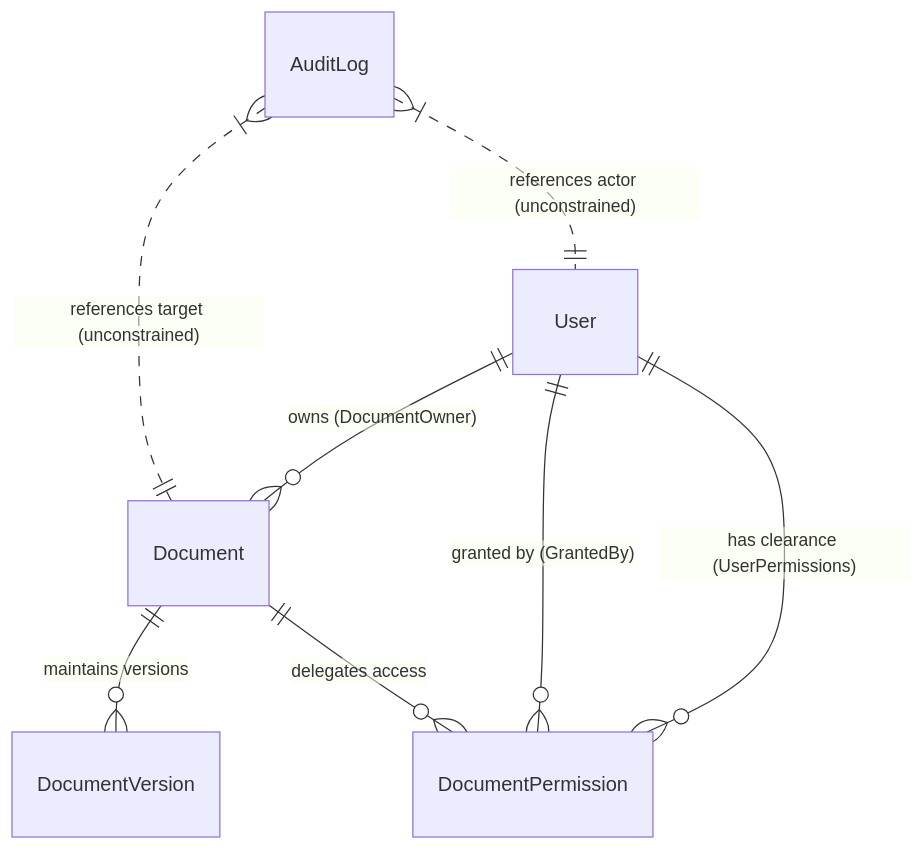
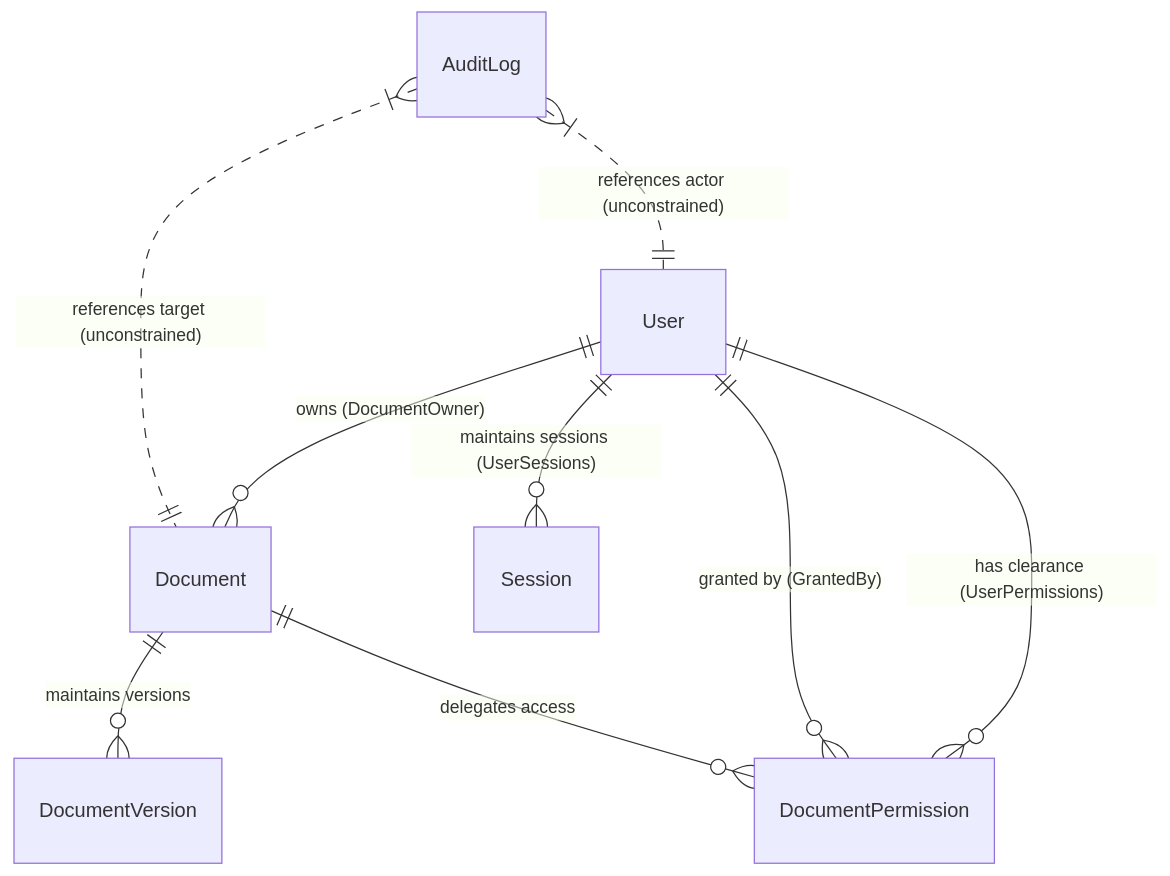
One commit to surendravarikallu/trustvault changed the diagram in docs/DATABASE_SCHEMA.md. Above: the diagram before and after it, drawn with Mermaid. The commit also changed other lines of this file and 8 other files, not shown here.

````diff
--- a/docs/DATABASE_SCHEMA.md
+++ b/docs/DATABASE_SCHEMA.md
@@ -30,10 +30,11 @@
 ```mermaid
 erDiagram
     User ||--o{ Document : "owns (DocumentOwner)"
     User ||--o{ DocumentPermission : "has clearance (UserPermissions)"
     User ||--o{ DocumentPermission : "granted by (GrantedBy)"
+    User ||--o{ Session : "maintains sessions (UserSessions)"
     Document ||--o{ DocumentVersion : "maintains versions"
     Document ||--o{ DocumentPermission : "delegates access"
     AuditLog }|..|| User : "references actor (unconstrained)"
     AuditLog }|..|| Document : "references target (unconstrained)"
 ```
````
